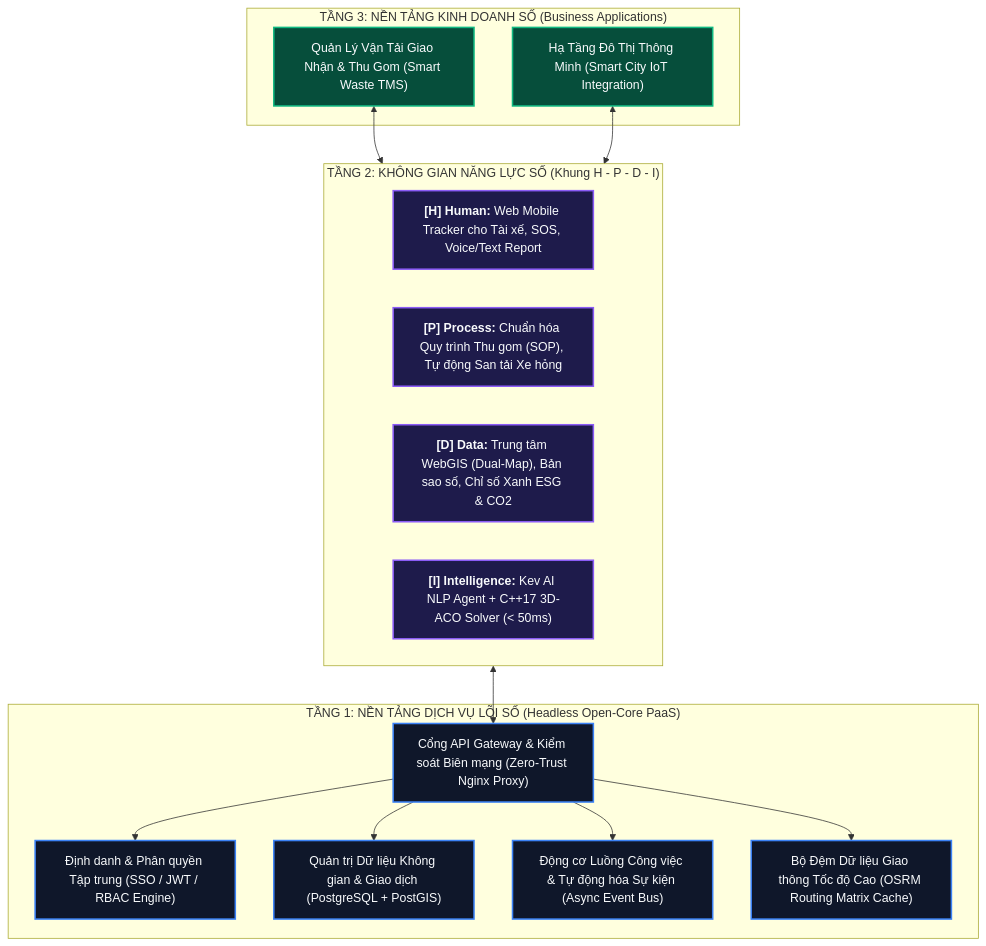
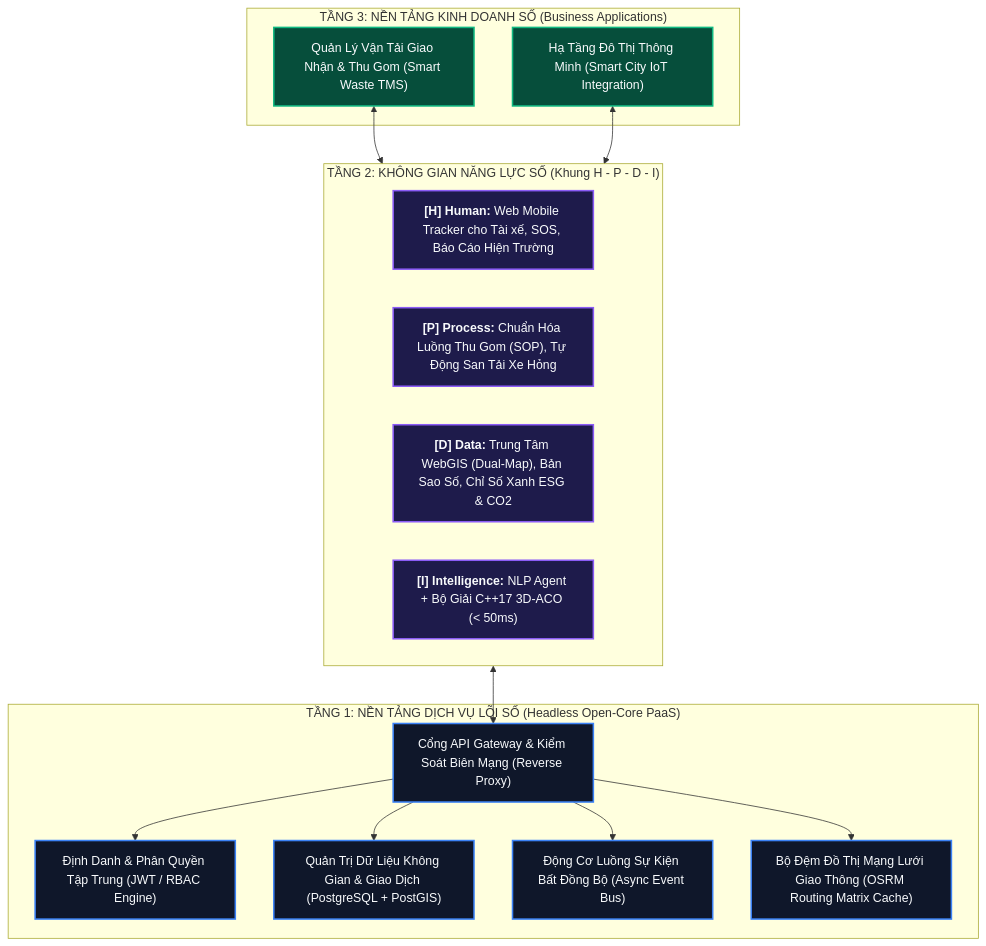
Before and after one commit to congnghip/Olympic: the diagram in README.md, drawn with Mermaid. The commit also changed other lines of this file and 8 other files, not shown here.

````diff
--- a/README.md
+++ b/README.md
@@ -28,34 +25,34 @@
 ```mermaid
 flowchart TD
     classDef t1 fill:#0f172a,stroke:#3b82f6,stroke-width:2px,color:#f8fafc;
     classDef t2 fill:#1e1b4b,stroke:#8b5cf6,stroke-width:2px,color:#f8fafc;
     classDef t3 fill:#064e3b,stroke:#10b981,stroke-width:2px,color:#f8fafc;
 
     subgraph Tier3 ["TẦNG 3: NỀN TẢNG KINH DOANH SỐ (Business Applications)"]
         TMS["Quản Lý Vận Tải Giao Nhận & Thu Gom (Smart Waste TMS)"]:::t3
         SmartCity["Hạ Tầng Đô Thị Thông Minh (Smart City IoT Integration)"]:::t3
     end
 
     subgraph Tier2 ["TẦNG 2: KHÔNG GIAN NĂNG LỰC SỐ (Khung H - P - D - I)"]
-        H_Space["<b>[H] Human:</b> Web Mobile Tracker cho Tài xế, SOS, Voice/Text Report"]:::t2
-        P_Space["<b>[P] Process:</b> Chuẩn hóa Quy trình Thu gom (SOP), Tự động San tải Xe hỏng"]:::t2
-        D_Space["<b>[D] Data:</b> Trung tâm WebGIS (Dual-Map), Bản sao số, Chỉ số Xanh ESG & CO2"]:::t2
-        I_Space["<b>[I] Intelligence:</b> Kev AI NLP Agent + C++17 3D-ACO Solver (< 50ms)"]:::t2
+        H_Space["<b>[H] Human:</b> Web Mobile Tracker cho Tài xế, SOS, Báo Cáo Hiện Trường"]:::t2
+        P_Space["<b>[P] Process:</b> Chuẩn Hóa Luồng Thu Gom (SOP), Tự Động San Tải Xe Hỏng"]:::t2
+        D_Space["<b>[D] Data:</b> Trung Tâm WebGIS (Dual-Map), Bản Sao Số, Chỉ Số Xanh ESG & CO2"]:::t2
+        I_Space["<b>[I] Intelligence:</b> NLP Agent + Bộ Giải C++17 3D-ACO (< 50ms)"]:::t2
     end
 
     subgraph Tier1 ["TẦNG 1: NỀN TẢNG DỊCH VỤ LÕI SỐ (Headless Open-Core PaaS)"]
-        Gateway["Cổng API Gateway & Kiểm soát Biên mạng (Zero-Trust Nginx Proxy)"]:::t1
-        Auth["Định danh & Phân quyền Tập trung (SSO / JWT / RBAC Engine)"]:::t1
-        SpatialDB["Quản trị Dữ liệu Không gian & Giao dịch (PostgreSQL + PostGIS)"]:::t1
-        Workflow["Động cơ Luồng Công việc & Tự động hóa Sự kiện (Async Event Bus)"]:::t1
-        Cache["Bộ Đệm Dữ liệu Giao thông Tốc độ Cao (OSRM Routing Matrix Cache)"]:::t1
+        Gateway["Cổng API Gateway & Kiểm Soát Biên Mạng (Reverse Proxy)"]:::t1
+        Auth["Định Danh & Phân Quyền Tập Trung (JWT / RBAC Engine)"]:::t1
+        SpatialDB["Quản Trị Dữ Liệu Không Gian & Giao Dịch (PostgreSQL + PostGIS)"]:::t1
+        Workflow["Động Cơ Luồng Sự Kiện Bất Đồng Bộ (Async Event Bus)"]:::t1
+        Cache["Bộ Đệm Đồ Thị Mạng Lưới Giao Thông (OSRM Routing Matrix Cache)"]:::t1
     end
 
     TMS <--> Tier2
     SmartCity <--> Tier2
     Tier2 <--> Gateway
     Gateway --> Auth
     Gateway --> SpatialDB
     Gateway --> Workflow
     Gateway --> Cache
 ```
````
